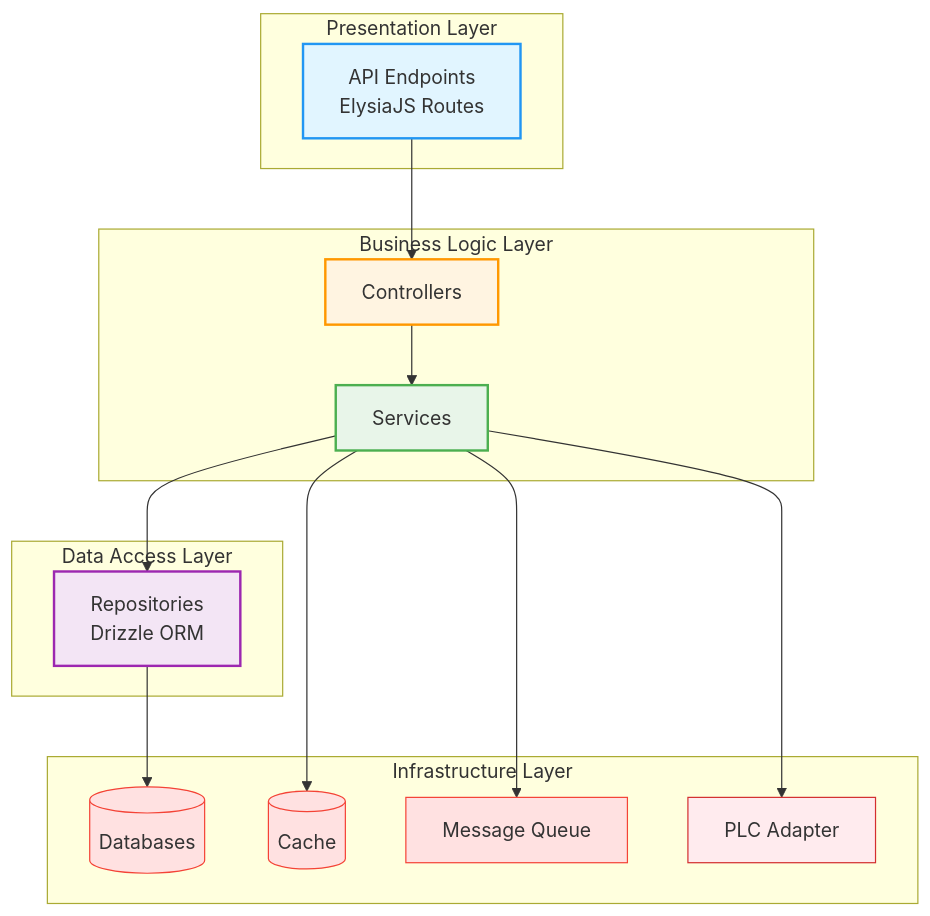
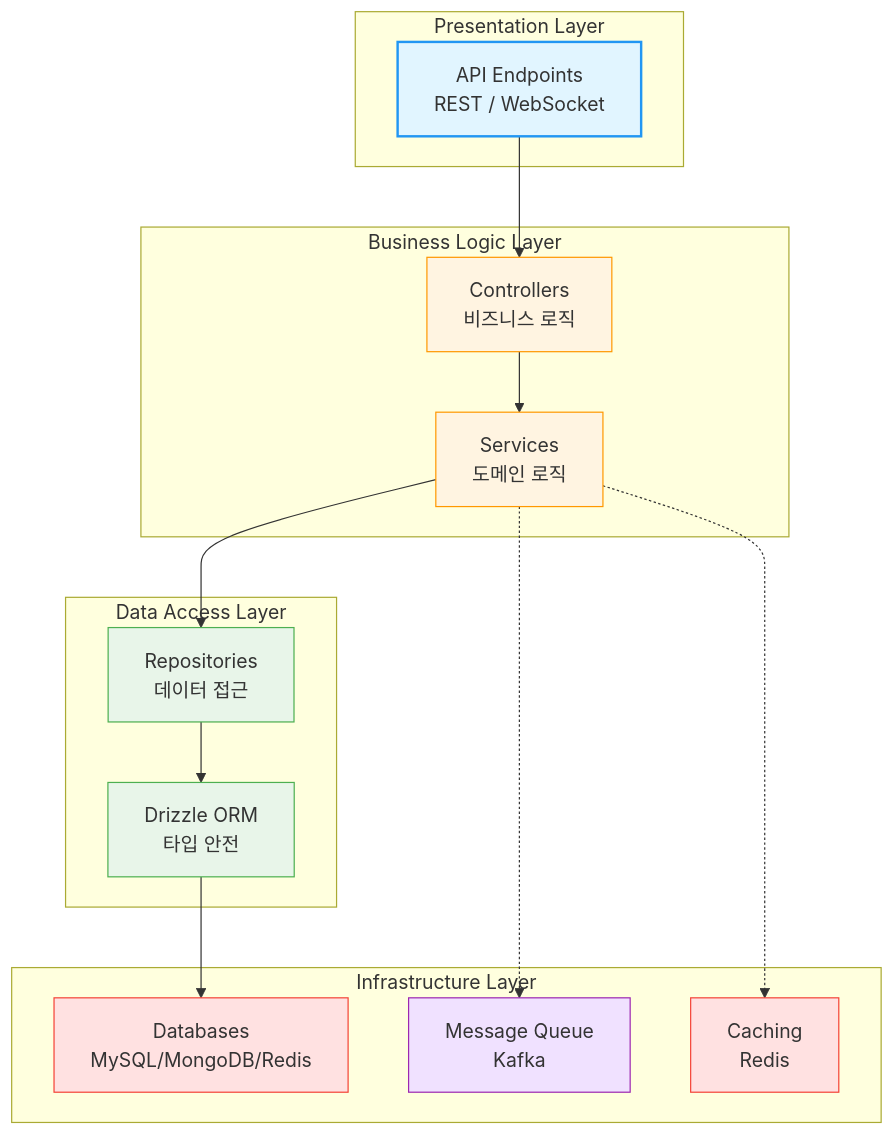
Before and after one commit to 1985jwlee/production-iot-backend: the third of 13 diagrams in README.md, drawn with Mermaid. The commit also changed other lines of this file and 1 other file, not shown here.

````diff
--- a/README.md
+++ b/README.md
@@ -135,39 +147,40 @@
 ```mermaid
 graph TB
     subgraph "Presentation Layer"
-        API[API Endpoints<br/>ElysiaJS Routes]
+        API[API Endpoints<br/>REST / WebSocket]
     end
     
     subgraph "Business Logic Layer"
-        CTRL[Controllers]
-        SVC[Services]
+        CTRL[Controllers<br/>비즈니스 로직]
+        SVC[Services<br/>도메인 로직]
     end
     
     subgraph "Data Access Layer"
-        REPO[Repositories<br/>Drizzle ORM]
+        REPO[Repositories<br/>데이터 접근]
+        ORM[Drizzle ORM<br/>타입 안전]
     end
     
     subgraph "Infrastructure Layer"
-        DB[(Databases)]
-        CACHE[(Cache)]
-        MQ[Message Queue]
-        PLC[PLC Adapter]
+        DB[Databases<br/>MySQL/MongoDB/Redis]
+        MQ[Message Queue<br/>Kafka]
+        CACHE[Caching<br/>Redis]
     end
     
     API --> CTRL
     CTRL --> SVC
     SVC --> REPO
-    REPO --> DB
-    SVC --> CACHE
-    SVC --> MQ
-    SVC --> PLC
+    REPO --> ORM
+    ORM --> DB
+    
+    SVC -.-> MQ
+    SVC -.-> CACHE
     
     style API fill:#e1f5ff,stroke:#2196f3,stroke-width:2px
-    style CTRL fill:#fff4e1,stroke:#ff9800,stroke-width:2px
-    style SVC fill:#e8f5e9,stroke:#4caf50,stroke-width:2px
-    style REPO fill:#f3e5f5,stroke:#9c27b0,stroke-width:2px
+    style CTRL fill:#fff4e1,stroke:#ff9800
+    style SVC fill:#fff4e1,stroke:#ff9800
+    style REPO fill:#e8f5e9,stroke:#4caf50
+    style ORM fill:#e8f5e9,stroke:#4caf50
     style DB fill:#ffe1e1,stroke:#f44336
+    style MQ fill:#f0e1ff,stroke:#9c27b0
     style CACHE fill:#ffe1e1,stroke:#f44336
-    style MQ fill:#ffe1e1,stroke:#f44336
-    style PLC fill:#ffebee,stroke:#d32f2f
 ```
````
